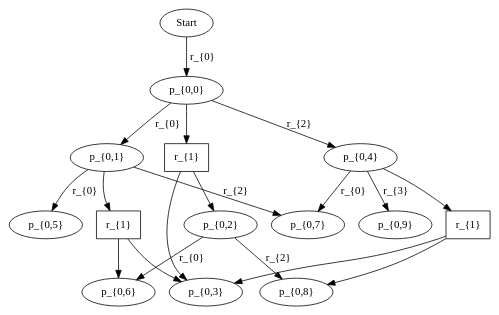
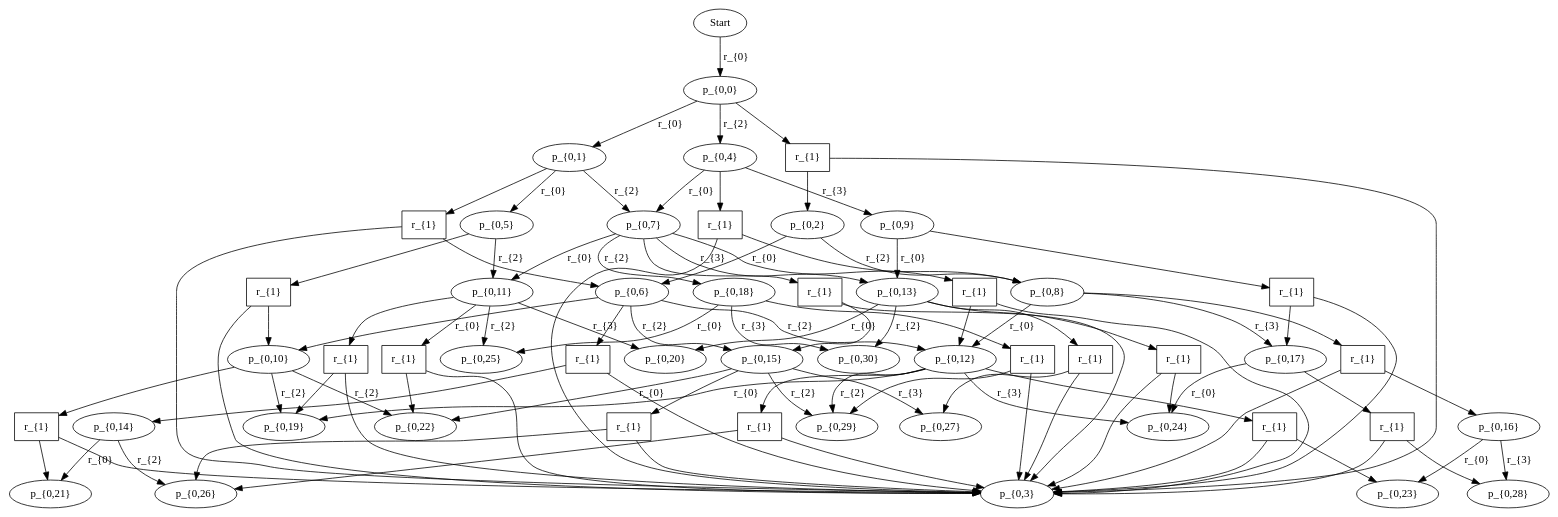
Before and after one commit to lazh01/Kemoinformatik: the diagram in catalan/out/032_dg_0_10100.dot, drawn with Graphviz. The commit also changed 339 other files, not shown here.

```diff
--- a/catalan/out/032_dg_0_10100.dot
+++ b/catalan/out/032_dg_0_10100.dot
@@ -22,12 +22,86 @@
 "17-0" [ shape=ellipse label="p_{0,8}" ];
 // id = 21, graphName = p_{0,9}
 "21-0" [ shape=ellipse label="p_{0,9}" ];
+// id = 23, graphName = p_{0,10}
+"23-0" [ shape=ellipse label="p_{0,10}" ];
+// id = 25, graphName = p_{0,11}
+"25-0" [ shape=ellipse label="p_{0,11}" ];
+// id = 27, graphName = p_{0,12}
+"27-0" [ shape=ellipse label="p_{0,12}" ];
+// id = 29, graphName = p_{0,13}
+"29-0" [ shape=ellipse label="p_{0,13}" ];
+// id = 32, graphName = p_{0,14}
+"32-0" [ shape=ellipse label="p_{0,14}" ];
+// id = 35, graphName = p_{0,15}
+"35-0" [ shape=ellipse label="p_{0,15}" ];
+// id = 37, graphName = p_{0,16}
+"37-0" [ shape=ellipse label="p_{0,16}" ];
+// id = 39, graphName = p_{0,17}
+"39-0" [ shape=ellipse label="p_{0,17}" ];
+// id = 44, graphName = p_{0,18}
+"44-0" [ shape=ellipse label="p_{0,18}" ];
+// id = 48, graphName = p_{0,19}
+"48-0" [ shape=ellipse label="p_{0,19}" ];
+// id = 50, graphName = p_{0,20}
+"50-0" [ shape=ellipse label="p_{0,20}" ];
+// id = 52, graphName = p_{0,21}
+"52-0" [ shape=ellipse label="p_{0,21}" ];
+// id = 54, graphName = p_{0,22}
+"54-0" [ shape=ellipse label="p_{0,22}" ];
+// id = 56, graphName = p_{0,23}
+"56-0" [ shape=ellipse label="p_{0,23}" ];
+// id = 58, graphName = p_{0,24}
+"58-0" [ shape=ellipse label="p_{0,24}" ];
+// id = 60, graphName = p_{0,25}
+"60-0" [ shape=ellipse label="p_{0,25}" ];
+// id = 66, graphName = p_{0,26}
+"66-0" [ shape=ellipse label="p_{0,26}" ];
+// id = 69, graphName = p_{0,27}
+"69-0" [ shape=ellipse label="p_{0,27}" ];
+// id = 72, graphName = p_{0,28}
+"72-0" [ shape=ellipse label="p_{0,28}" ];
+// id = 74, graphName = p_{0,29}
+"74-0" [ shape=ellipse label="p_{0,29}" ];
+// id = 80, graphName = p_{0,30}
+"80-0" [ shape=ellipse label="p_{0,30}" ];
 // id = 7{ 'p_{0,0}' }, 'RemoveSingleR', { 'p_{0,2}' 'p_{0,3}' }
 "7-0" [ shape=box label="r_{1}" ];
 // id = 16{ 'p_{0,1}' }, 'RemoveSingleR', { 'p_{0,3}' 'p_{0,6}' }
 "16-0" [ shape=box label="r_{1}" ];
 // id = 18{ 'p_{0,4}' }, 'RemoveSingleR', { 'p_{0,3}' 'p_{0,8}' }
 "18-0" [ shape=box label="r_{1}" ];
+// id = 31{ 'p_{0,5}' }, 'RemoveSingleR', { 'p_{0,3}' 'p_{0,10}' }
+"31-0" [ shape=box label="r_{1}" ];
+// id = 33{ 'p_{0,6}' }, 'RemoveSingleR', { 'p_{0,3}' 'p_{0,14}' }
+"33-0" [ shape=box label="r_{1}" ];
+// id = 34{ 'p_{0,7}' }, 'RemoveSingleR', { 'p_{0,3}' 'p_{0,12}' }
+"34-0" [ shape=box label="r_{1}" ];
+// id = 36{ 'p_{0,7}' }, 'RemoveSingleR', { 'p_{0,3}' 'p_{0,15}' }
+"36-0" [ shape=box label="r_{1}" ];
+// id = 38{ 'p_{0,8}' }, 'RemoveSingleR', { 'p_{0,3}' 'p_{0,16}' }
+"38-0" [ shape=box label="r_{1}" ];
+// id = 40{ 'p_{0,9}' }, 'RemoveSingleR', { 'p_{0,3}' 'p_{0,17}' }
+"40-0" [ shape=box label="r_{1}" ];
+// id = 62{ 'p_{0,10}' }, 'RemoveSingleR', { 'p_{0,3}' 'p_{0,21}' }
+"62-0" [ shape=box label="r_{1}" ];
+// id = 63{ 'p_{0,11}' }, 'RemoveSingleR', { 'p_{0,3}' 'p_{0,19}' }
+"63-0" [ shape=box label="r_{1}" ];
+// id = 64{ 'p_{0,11}' }, 'RemoveSingleR', { 'p_{0,3}' 'p_{0,22}' }
+"64-0" [ shape=box label="r_{1}" ];
+// id = 65{ 'p_{0,12}' }, 'RemoveSingleR', { 'p_{0,3}' 'p_{0,23}' }
+"65-0" [ shape=box label="r_{1}" ];
+// id = 67{ 'p_{0,12}' }, 'RemoveSingleR', { 'p_{0,3}' 'p_{0,26}' }
+"67-0" [ shape=box label="r_{1}" ];
+// id = 68{ 'p_{0,13}' }, 'RemoveSingleR', { 'p_{0,3}' 'p_{0,24}' }
+"68-0" [ shape=box label="r_{1}" ];
+// id = 70{ 'p_{0,13}' }, 'RemoveSingleR', { 'p_{0,3}' 'p_{0,27}' }
+"70-0" [ shape=box label="r_{1}" ];
+// id = 71{ 'p_{0,15}' }, 'RemoveSingleR', { 'p_{0,3}' 'p_{0,26}' }
+"71-0" [ shape=box label="r_{1}" ];
+// id = 73{ 'p_{0,17}' }, 'RemoveSingleR', { 'p_{0,3}' 'p_{0,28}' }
+"73-0" [ shape=box label="r_{1}" ];
+// id = 75{ 'p_{0,18}' }, 'RemoveSingleR', { 'p_{0,3}' 'p_{0,29}' }
+"75-0" [ shape=box label="r_{1}" ];
 // id = 2{ 'Start' }, 'Mark for conversion', { 'p_{0,0}' }
 "0-0" -> "1-0" [ label="r_{0}" ];
 // id = 4{ 'p_{0,0}' }, 'Mark for conversion', { 'p_{0,1}' }
@@ -58,4 +132,126 @@
 "5-0" -> "17-0" [ label="r_{2}" ];
 // id = 22{ 'p_{0,4}' }, 'removeAlreadyAttached', { 'p_{0,9}' }
 "8-0" -> "21-0" [ label="r_{3}" ];
+// id = 24{ 'p_{0,6}' }, 'Mark for conversion', { 'p_{0,10}' }
+"12-0" -> "23-0" [ label="r_{0}" ];
+// id = 26{ 'p_{0,7}' }, 'Mark for conversion', { 'p_{0,11}' }
+"14-0" -> "25-0" [ label="r_{0}" ];
+// id = 28{ 'p_{0,8}' }, 'Mark for conversion', { 'p_{0,12}' }
+"17-0" -> "27-0" [ label="r_{0}" ];
+// id = 30{ 'p_{0,9}' }, 'Mark for conversion', { 'p_{0,13}' }
+"21-0" -> "29-0" [ label="r_{0}" ];
+// id = 31{ 'p_{0,5}' }, 'RemoveSingleR', { 'p_{0,3}' 'p_{0,10}' }
+"10-0" -> "31-0" [ ];
+"31-0" -> "6-0" [ ];
+"31-0" -> "23-0" [ ];
+// id = 33{ 'p_{0,6}' }, 'RemoveSingleR', { 'p_{0,3}' 'p_{0,14}' }
+"12-0" -> "33-0" [ ];
+"33-0" -> "6-0" [ ];
+"33-0" -> "32-0" [ ];
+// id = 34{ 'p_{0,7}' }, 'RemoveSingleR', { 'p_{0,3}' 'p_{0,12}' }
+"14-0" -> "34-0" [ ];
+"34-0" -> "6-0" [ ];
+"34-0" -> "27-0" [ ];
+// id = 36{ 'p_{0,7}' }, 'RemoveSingleR', { 'p_{0,3}' 'p_{0,15}' }
+"14-0" -> "36-0" [ ];
+"36-0" -> "6-0" [ ];
+"36-0" -> "35-0" [ ];
+// id = 38{ 'p_{0,8}' }, 'RemoveSingleR', { 'p_{0,3}' 'p_{0,16}' }
+"17-0" -> "38-0" [ ];
+"38-0" -> "6-0" [ ];
+"38-0" -> "37-0" [ ];
+// id = 40{ 'p_{0,9}' }, 'RemoveSingleR', { 'p_{0,3}' 'p_{0,17}' }
+"21-0" -> "40-0" [ ];
+"40-0" -> "6-0" [ ];
+"40-0" -> "39-0" [ ];
+// id = 41{ 'p_{0,5}' }, 'reattachExternalEdge', { 'p_{0,11}' }
+"10-0" -> "25-0" [ label="r_{2}" ];
+// id = 42{ 'p_{0,6}' }, 'reattachExternalEdge', { 'p_{0,12}' }
+"12-0" -> "27-0" [ label="r_{2}" ];
+// id = 43{ 'p_{0,6}' }, 'reattachExternalEdge', { 'p_{0,15}' }
+"12-0" -> "35-0" [ label="r_{2}" ];
+// id = 45{ 'p_{0,7}' }, 'reattachExternalEdge', { 'p_{0,18}' }
+"14-0" -> "44-0" [ label="r_{2}" ];
+// id = 46{ 'p_{0,7}' }, 'removeAlreadyAttached', { 'p_{0,13}' }
+"14-0" -> "29-0" [ label="r_{3}" ];
+// id = 47{ 'p_{0,8}' }, 'removeAlreadyAttached', { 'p_{0,17}' }
+"17-0" -> "39-0" [ label="r_{3}" ];
+// id = 49{ 'p_{0,12}' }, 'Mark for conversion', { 'p_{0,19}' }
+"27-0" -> "48-0" [ label="r_{0}" ];
+// id = 51{ 'p_{0,13}' }, 'Mark for conversion', { 'p_{0,20}' }
+"29-0" -> "50-0" [ label="r_{0}" ];
+// id = 53{ 'p_{0,14}' }, 'Mark for conversion', { 'p_{0,21}' }
+"32-0" -> "52-0" [ label="r_{0}" ];
+// id = 55{ 'p_{0,15}' }, 'Mark for conversion', { 'p_{0,22}' }
+"35-0" -> "54-0" [ label="r_{0}" ];
+// id = 57{ 'p_{0,16}' }, 'Mark for conversion', { 'p_{0,23}' }
+"37-0" -> "56-0" [ label="r_{0}" ];
+// id = 59{ 'p_{0,17}' }, 'Mark for conversion', { 'p_{0,24}' }
+"39-0" -> "58-0" [ label="r_{0}" ];
+// id = 61{ 'p_{0,18}' }, 'Mark for conversion', { 'p_{0,25}' }
+"44-0" -> "60-0" [ label="r_{0}" ];
+// id = 62{ 'p_{0,10}' }, 'RemoveSingleR', { 'p_{0,3}' 'p_{0,21}' }
+"23-0" -> "62-0" [ ];
+"62-0" -> "6-0" [ ];
+"62-0" -> "52-0" [ ];
+// id = 63{ 'p_{0,11}' }, 'RemoveSingleR', { 'p_{0,3}' 'p_{0,19}' }
+"25-0" -> "63-0" [ ];
+"63-0" -> "6-0" [ ];
+"63-0" -> "48-0" [ ];
+// id = 64{ 'p_{0,11}' }, 'RemoveSingleR', { 'p_{0,3}' 'p_{0,22}' }
+"25-0" -> "64-0" [ ];
+"64-0" -> "6-0" [ ];
+"64-0" -> "54-0" [ ];
+// id = 65{ 'p_{0,12}' }, 'RemoveSingleR', { 'p_{0,3}' 'p_{0,23}' }
+"27-0" -> "65-0" [ ];
+"65-0" -> "6-0" [ ];
+"65-0" -> "56-0" [ ];
+// id = 67{ 'p_{0,12}' }, 'RemoveSingleR', { 'p_{0,3}' 'p_{0,26}' }
+"27-0" -> "67-0" [ ];
+"67-0" -> "6-0" [ ];
+"67-0" -> "66-0" [ ];
+// id = 68{ 'p_{0,13}' }, 'RemoveSingleR', { 'p_{0,3}' 'p_{0,24}' }
+"29-0" -> "68-0" [ ];
+"68-0" -> "6-0" [ ];
+"68-0" -> "58-0" [ ];
+// id = 70{ 'p_{0,13}' }, 'RemoveSingleR', { 'p_{0,3}' 'p_{0,27}' }
+"29-0" -> "70-0" [ ];
+"70-0" -> "6-0" [ ];
+"70-0" -> "69-0" [ ];
+// id = 71{ 'p_{0,15}' }, 'RemoveSingleR', { 'p_{0,3}' 'p_{0,26}' }
+"35-0" -> "71-0" [ ];
+"71-0" -> "6-0" [ ];
+"71-0" -> "66-0" [ ];
+// id = 73{ 'p_{0,17}' }, 'RemoveSingleR', { 'p_{0,3}' 'p_{0,28}' }
+"39-0" -> "73-0" [ ];
+"73-0" -> "6-0" [ ];
+"73-0" -> "72-0" [ ];
+// id = 75{ 'p_{0,18}' }, 'RemoveSingleR', { 'p_{0,3}' 'p_{0,29}' }
+"44-0" -> "75-0" [ ];
+"75-0" -> "6-0" [ ];
+"75-0" -> "74-0" [ ];
+// id = 76{ 'p_{0,10}' }, 'reattachExternalEdge', { 'p_{0,19}' }
+"23-0" -> "48-0" [ label="r_{2}" ];
+// id = 77{ 'p_{0,10}' }, 'reattachExternalEdge', { 'p_{0,22}' }
+"23-0" -> "54-0" [ label="r_{2}" ];
+// id = 78{ 'p_{0,11}' }, 'reattachExternalEdge', { 'p_{0,25}' }
+"25-0" -> "60-0" [ label="r_{2}" ];
+// id = 79{ 'p_{0,12}' }, 'reattachExternalEdge', { 'p_{0,29}' }
+"27-0" -> "74-0" [ label="r_{2}" ];
+// id = 81{ 'p_{0,13}' }, 'reattachExternalEdge', { 'p_{0,30}' }
+"29-0" -> "80-0" [ label="r_{2}" ];
+// id = 82{ 'p_{0,14}' }, 'reattachExternalEdge', { 'p_{0,26}' }
+"32-0" -> "66-0" [ label="r_{2}" ];
+// id = 83{ 'p_{0,15}' }, 'reattachExternalEdge', { 'p_{0,29}' }
+"35-0" -> "74-0" [ label="r_{2}" ];
+// id = 84{ 'p_{0,11}' }, 'removeAlreadyAttached', { 'p_{0,20}' }
+"25-0" -> "50-0" [ label="r_{3}" ];
+// id = 85{ 'p_{0,12}' }, 'removeAlreadyAttached', { 'p_{0,24}' }
+"27-0" -> "58-0" [ label="r_{3}" ];
+// id = 86{ 'p_{0,15}' }, 'removeAlreadyAttached', { 'p_{0,27}' }
+"35-0" -> "69-0" [ label="r_{3}" ];
+// id = 87{ 'p_{0,16}' }, 'removeAlreadyAttached', { 'p_{0,28}' }
+"37-0" -> "72-0" [ label="r_{3}" ];
+// id = 88{ 'p_{0,18}' }, 'removeAlreadyAttached', { 'p_{0,30}' }
+"44-0" -> "80-0" [ label="r_{3}" ];
 }
```
